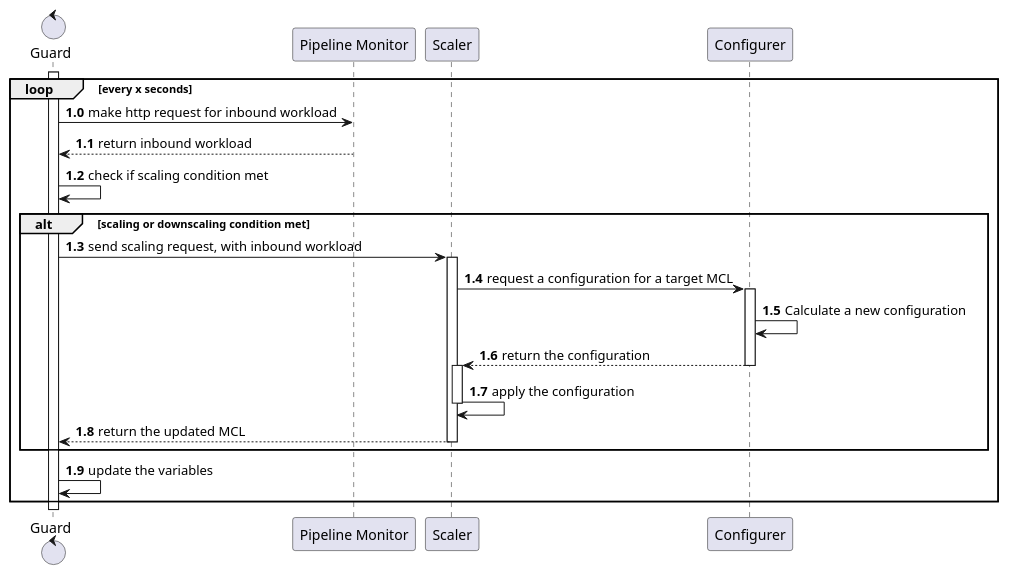
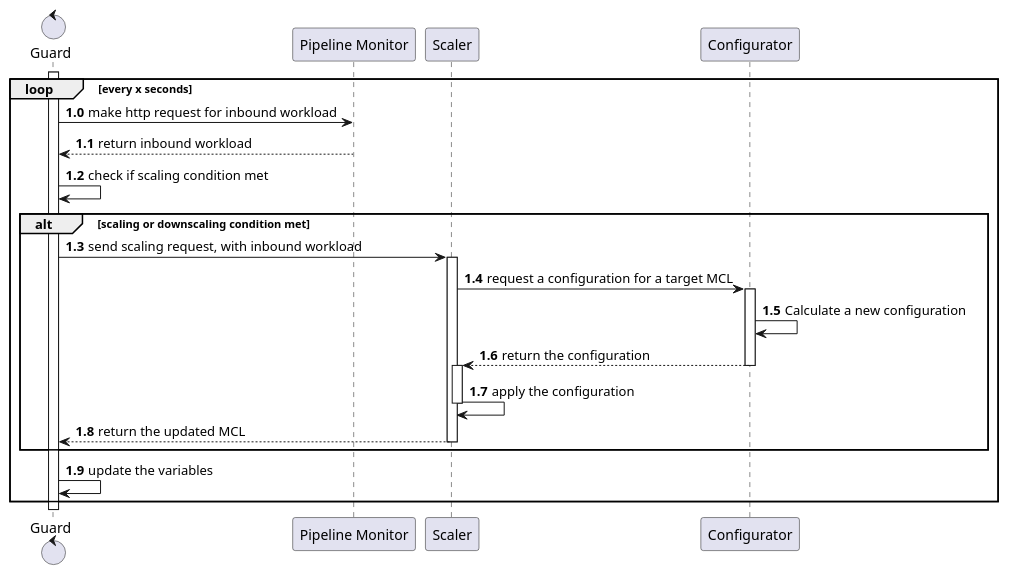
Before and after one commit to giovaz94/global-scaler: the diagram in uml/sequence.puml, drawn with PlantUML. The commit also changed 1 other file, not shown here.

```diff
--- a/uml/sequence.puml
+++ b/uml/sequence.puml
@@ -1,34 +1,34 @@
 @startuml
 control "Guard" as G
 participant "Pipeline Monitor" as M 
 participant "Scaler" as S
-participant "Configurer" as C
+participant "Configurator" as C
 
 loop every x seconds
     activate G
     autonumber 1.0
     G -> M: make http request for inbound workload
     M --> G: return inbound workload
     G -> G : check if scaling condition met
     alt scaling or downscaling condition met
         G -> S: send scaling request, with inbound workload
         activate S
         S -> C: request a configuration for a target MCL
         activate C
         C -> C: Calculate a new configuration
         C --> S: return the configuration
         deactivate C
         activate S
         S -> S: apply the configuration
         deactivate S
         S --> G: return the updated MCL
         deactivate S
     end
     G -> G: update the variables
 end
 
 
 
 
 
 @enduml
```
